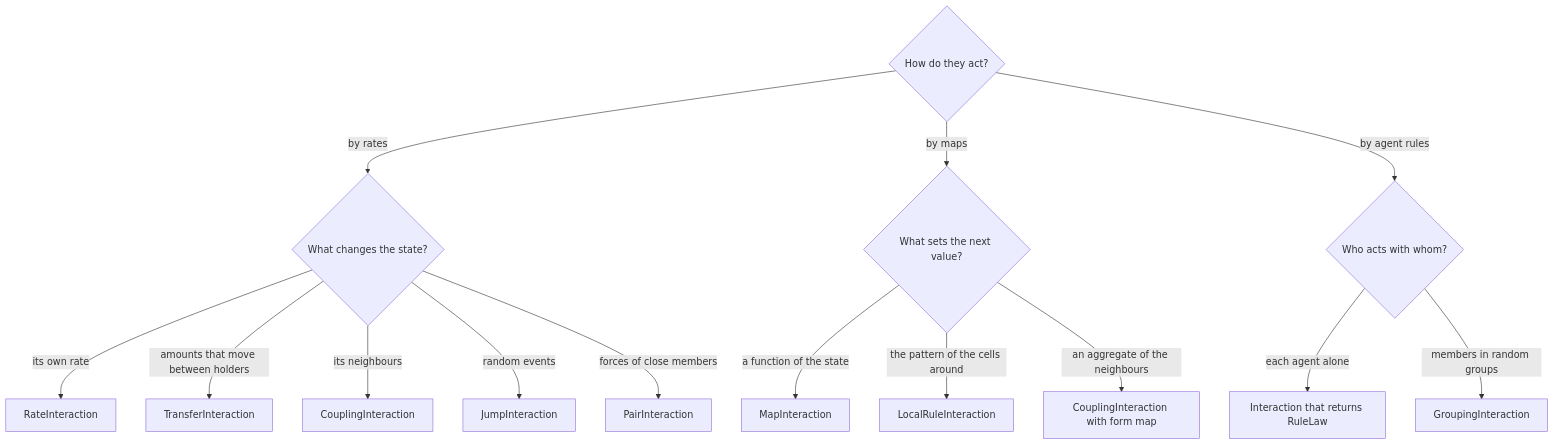
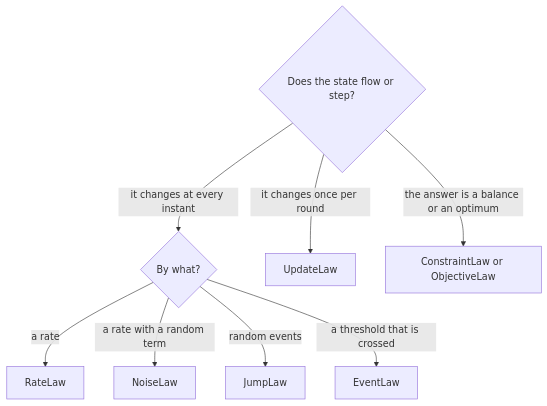
Before and after one commit to georgedouzas/scikit-complexity: the fifth of 5 diagrams in docs/overview/user_guide/core_components/choosing_components.md, drawn with Mermaid. The commit also changed other lines of this file, not shown here.

Commit message:
docs: Lead the choice of components to plain elements, bindings, and law kinds

````diff
--- a/docs/overview/user_guide/core_components/choosing_components.md
+++ b/docs/overview/user_guide/core_components/choosing_components.md
@@ -106,16 +122,10 @@
 ```mermaid
 flowchart TD
-    A{How do they act?} -->|by rates| B{What changes the state?}
-    B -->|its own rate| C[RateInteraction]
-    B -->|amounts that move between holders| D[TransferInteraction]
-    B -->|its neighbours| E[CouplingInteraction]
-    B -->|random events| F[JumpInteraction]
-    B -->|forces of close members| G[PairInteraction]
-    A -->|by maps| H{What sets the next value?}
-    H -->|a function of the state| I[MapInteraction]
-    H -->|the pattern of the cells around| J[LocalRuleInteraction]
-    H -->|an aggregate of the neighbours| K[CouplingInteraction with form map]
-    A -->|by agent rules| L{Who acts with whom?}
-    L -->|each agent alone| M[Interaction that returns RuleLaw]
-    L -->|members in random groups| N[GroupingInteraction]
+    A{Does the state flow or step?} -->|it changes at every instant| B{By what?}
+    B -->|a rate| C[RateLaw]
+    B -->|a rate with a random term| D[NoiseLaw]
+    B -->|random events| E[JumpLaw]
+    B -->|a threshold that is crossed| F[EventLaw]
+    A -->|it changes once per round| G[UpdateLaw]
+    A -->|the answer is a balance or an optimum| H[ConstraintLaw or ObjectiveLaw]
 ```
````
